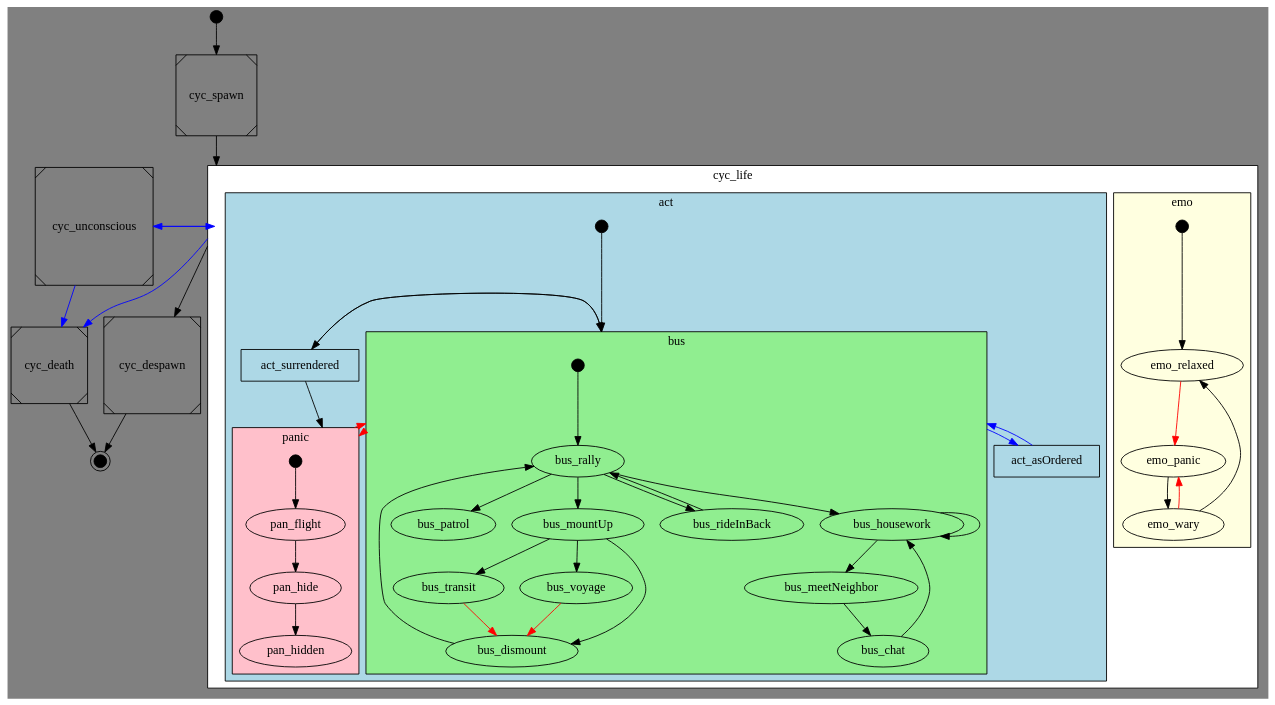
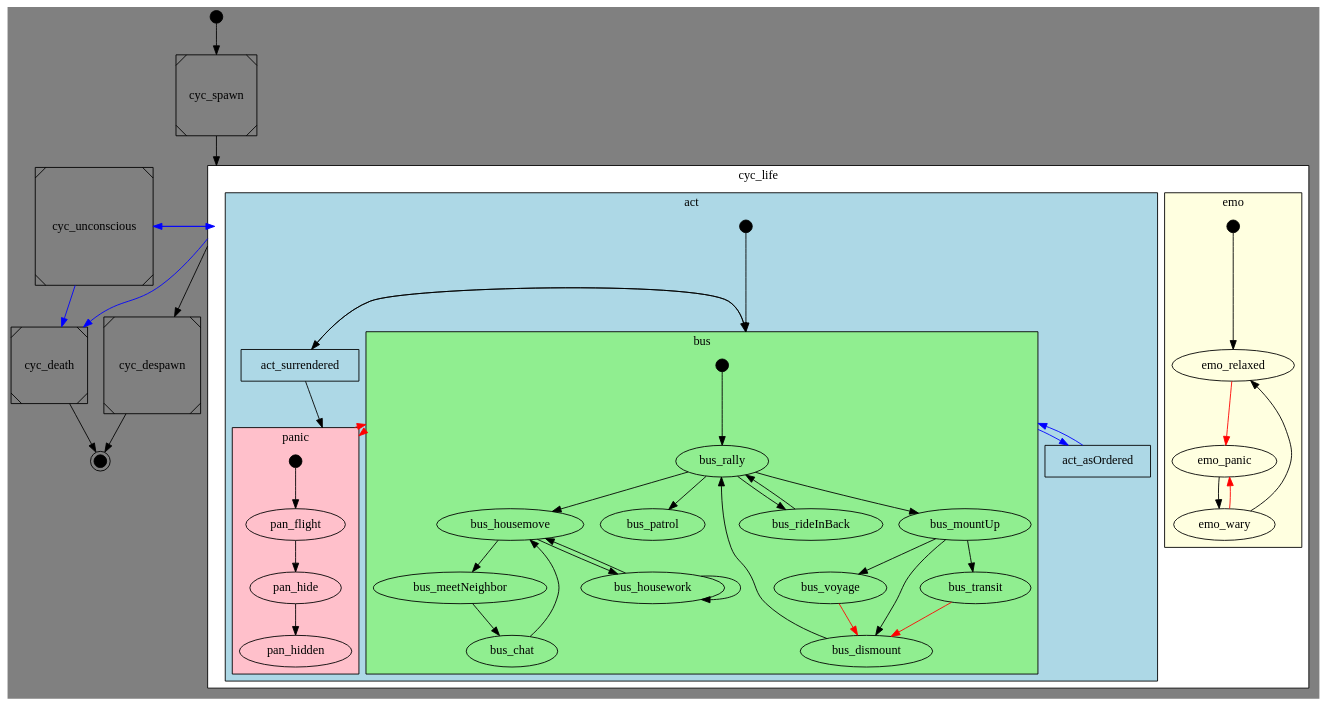
Before and after one commit to gruppe-adler/grad_civs: the diagram in docs/states.gv, drawn with Graphviz. The commit also changed 8 other files, not shown here.

Commit message:
wip separation housework / housemove

```diff
--- a/docs/states.gv
+++ b/docs/states.gv
@@ -1,84 +1,86 @@
 digraph lifecycle {
     bgcolor="gray";
     compound=true;
 
     subgraph cluster_life {
         bgcolor="white";
         shape="Msquare";
         label="cyc_life";
         cluster_life_node [shape=point style=invis];
 
         subgraph cluster_emotions {
             bgcolor="lightyellow";
             label="emo";
             emo[shape=point,width=0.2,height=0.2]; emo -> emo_relaxed [len=0.2];
             {emo_wary, emo_relaxed} -> emo_panic [color="red"];
             emo_panic -> emo_wary -> emo_relaxed;
         }
 
         subgraph cluster_activities {
             bgcolor="lightblue";
             label="act";
 
             subgraph cluster_business {
                 bgcolor="lightgreen";
                 label="bus";
                 cluster_business_node [shape=point style=invis];
                 bus [shape=point,width=0.2,height=0.2]; bus -> bus_rally [len=0.2,weight=5];
                 bus_rally -> bus_patrol;
                 bus_rally -> bus_mountUp;
                 bus_rally -> bus_rideInBack;
                 bus_mountUp -> bus_transit;
                 bus_mountUp -> bus_voyage;
                 bus_mountUp -> bus_dismount;
                 bus_transit -> bus_dismount [color=red]; # panic event
                 bus_voyage -> bus_dismount [color=red]; # panic event
                 bus_dismount -> bus_rally;
-                bus_rally -> bus_housework;
+                bus_rally -> bus_housemove;
                 bus_rideInBack -> bus_rally;
-                bus_housework -> bus_meetNeighbor;
+                bus_housemove -> bus_meetNeighbor;
                 bus_meetNeighbor -> bus_chat;
-                bus_chat -> bus_housework;
+                bus_chat -> bus_housemove;
+                bus_housemove -> bus_housework;
+                bus_housework -> bus_housemove;
                 bus_housework -> bus_housework;
             }
 
             subgraph cluster_panic {
                 bgcolor="pink";
                 label="panic";
                 cluster_panic_node [shape=point style=invis];
                 pan [shape=point,width=0.2,height=0.2]; pan -> pan_flight;
                 pan_flight -> pan_hide -> pan_hidden;
             }
 
             act [shape=point,width=0.2,height=0.2]; act -> cluster_business_node [lhead=cluster_business];
 
             act_asOrdered [shape=rectangle];
             act_surrendered [shape=rectangle];
 
             act_surrendered -> cluster_panic_node [lhead=cluster_panic];
 
             act_surrendered -> cluster_business_node [lhead=cluster_business];
             cluster_business_node -> act_surrendered [ltail=cluster_business];
             act_asOrdered -> cluster_business_node [lhead=cluster_business color=blue];
             cluster_business_node -> act_asOrdered [ltail=cluster_business color=blue];
 
             cluster_panic_node -> cluster_business_node [color=red lhead=cluster_business ltail=cluster_panic]
             cluster_business_node -> cluster_panic_node [ltail=cluster_business lhead=cluster_panic color=red]
 
         }
     }
 
     cyc_spawn [shape=Msquare];
     cyc_despawn [shape=Msquare];
     cyc_death [shape=Msquare];
     cyc_unconscious [shape=Msquare];
 
     cyc_0 [shape=point,width=0.2,height=0.2]; cyc_0 -> cyc_spawn;
     cyc_1 [shape=point,width=0.2,height=0.2,peripheries=2]; cyc_death -> cyc_1; cyc_despawn -> cyc_1;
     cyc_spawn -> cluster_life_node [lhead=cluster_life];
     cluster_life_node -> cyc_despawn [ltail=cluster_life];
     cluster_life_node -> cyc_death [ltail=cluster_life color=blue];
     cluster_life_node -> cyc_unconscious [ltail=cluster_life color=blue];
     cyc_unconscious -> cluster_life_node [ltail=cluster_life color=blue];
     cyc_unconscious -> cyc_death [ltail=cluster_life color=blue];
 }
```
